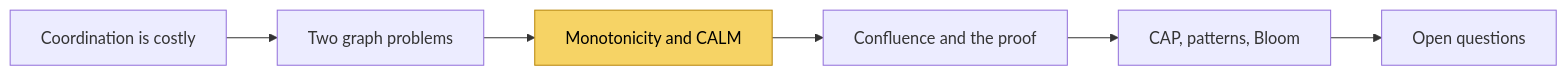
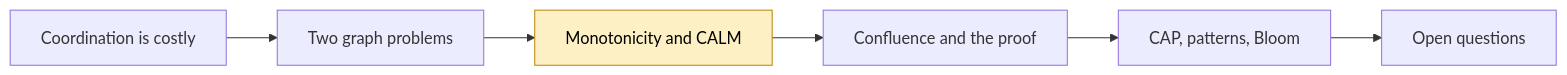
The first of 3 diagrams in sllmwiki/narratives/what-does-keeping-calm-argue-and-is-it-worth-reading-in-full.md (mengjiasun1992/sllmwiki-demo), drawn with Mermaid before and after one commit. The commit also changed other lines of this file and 17 other files, not shown here.

````diff
--- a/sllmwiki/narratives/what-does-keeping-calm-argue-and-is-it-worth-reading-in-full.md
+++ b/sllmwiki/narratives/what-does-keeping-calm-argue-and-is-it-worth-reading-in-full.md
@@ -53,9 +60,10 @@
 ```mermaid
 flowchart LR
     A["Coordination is costly"] --> B["Two graph problems"]
     B --> C["Monotonicity and CALM"]
     C --> D["Confluence and the proof"]
     D --> E["CAP, patterns, Bloom"]
     E --> F["Open questions"]
-    style C fill:#f6d365,stroke:#b8860b,color:#000
+    classDef key fill:#fdf0c4,stroke:#b8860b,color:#000
+    class C key
 ```
````
